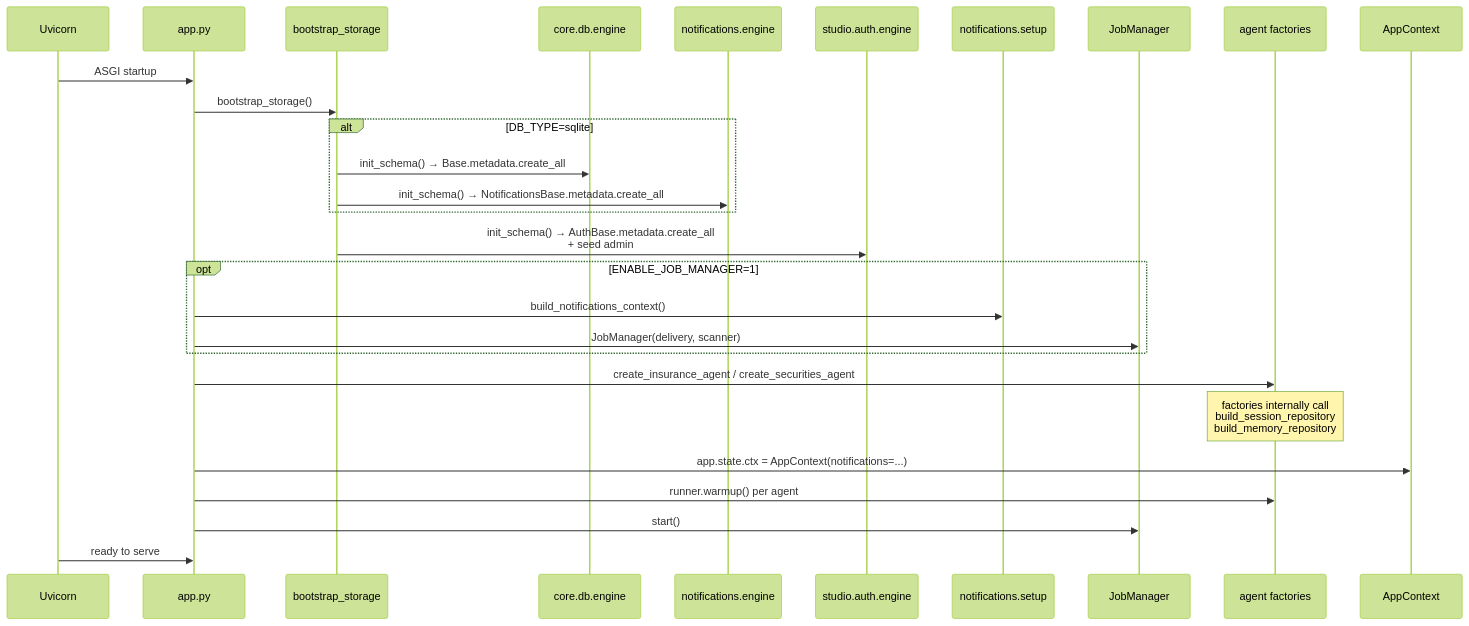
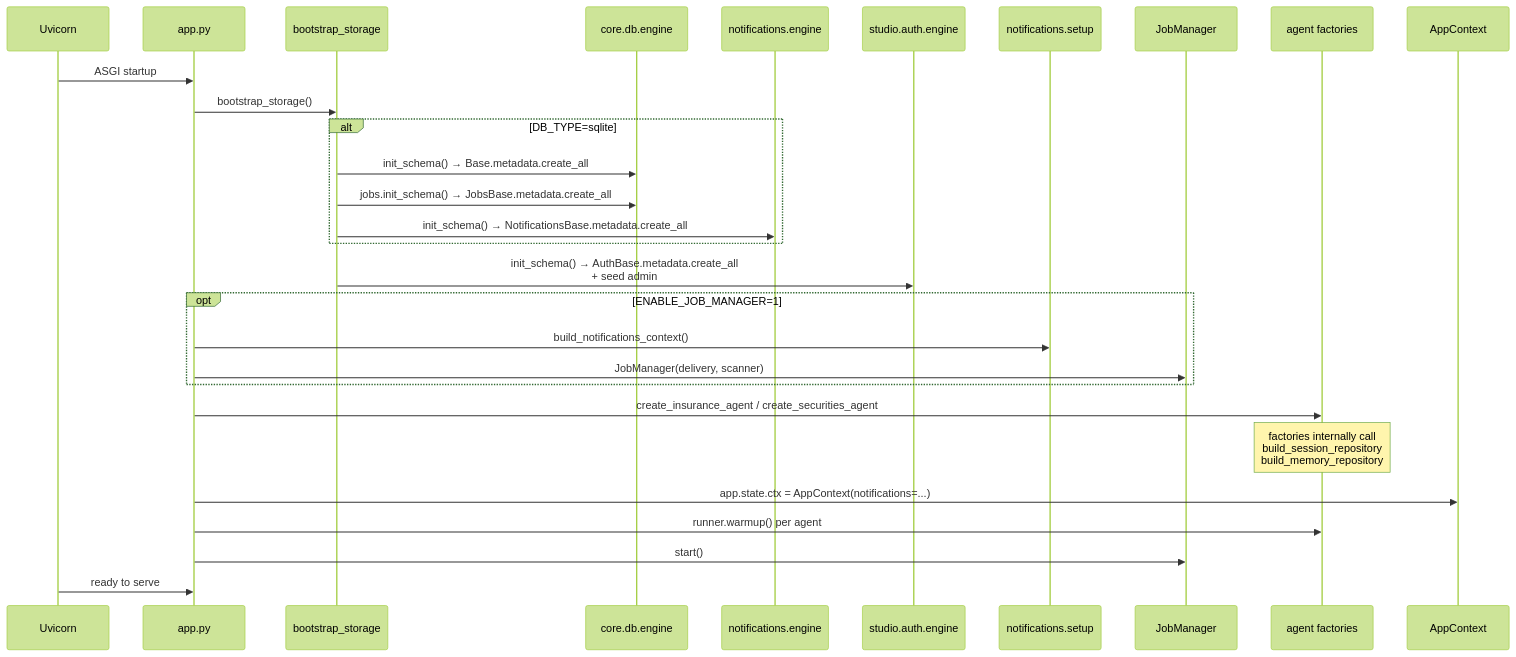
The sixth of 13 diagrams in docs/architecture-c4.md (YU-JI-KUI/ark-agentic), drawn with Mermaid (forest theme) before and after one commit. The commit also changed other lines of this file and 20 other files, not shown here.

````diff
--- a/docs/architecture-c4.md
+++ b/docs/architecture-c4.md
@@ -294,36 +313,37 @@
 ```mermaid
 sequenceDiagram
     participant Uvicorn
     participant AppPy as app.py
     participant Bootstrap as bootstrap_storage
     participant CoreEng as core.db.engine
     participant NotifEng as notifications.engine
     participant StudioEng as studio.auth.engine
     participant Notif as notifications.setup
     participant JobsM as JobManager
     participant Agents as agent factories
     participant Ctx as AppContext
 
     Uvicorn->>AppPy: ASGI startup
 
     AppPy->>Bootstrap: bootstrap_storage()
     alt DB_TYPE=sqlite
         Bootstrap->>CoreEng: init_schema() → Base.metadata.create_all
+        Bootstrap->>CoreEng: jobs.init_schema() → JobsBase.metadata.create_all
         Bootstrap->>NotifEng: init_schema() → NotificationsBase.metadata.create_all
     end
     Bootstrap->>StudioEng: init_schema() → AuthBase.metadata.create_all<br/>+ seed admin
 
     opt ENABLE_JOB_MANAGER=1
         AppPy->>Notif: build_notifications_context()
         AppPy->>JobsM: JobManager(delivery, scanner)
     end
 
     AppPy->>Agents: create_insurance_agent / create_securities_agent
     Note over Agents: factories internally call<br/>build_session_repository<br/>build_memory_repository
 
     AppPy->>Ctx: app.state.ctx = AppContext(notifications=...)
     AppPy->>Agents: runner.warmup() per agent
     AppPy->>JobsM: start()
 
     Uvicorn->>AppPy: ready to serve
 ```
````
